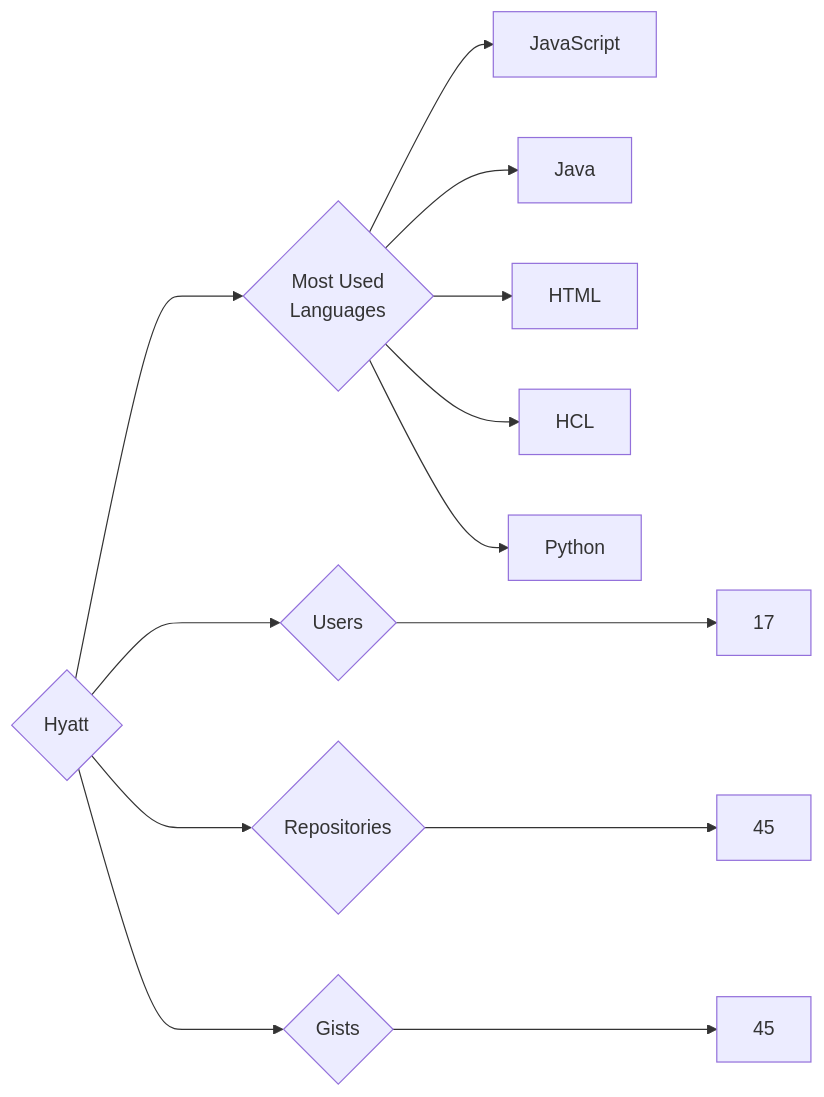
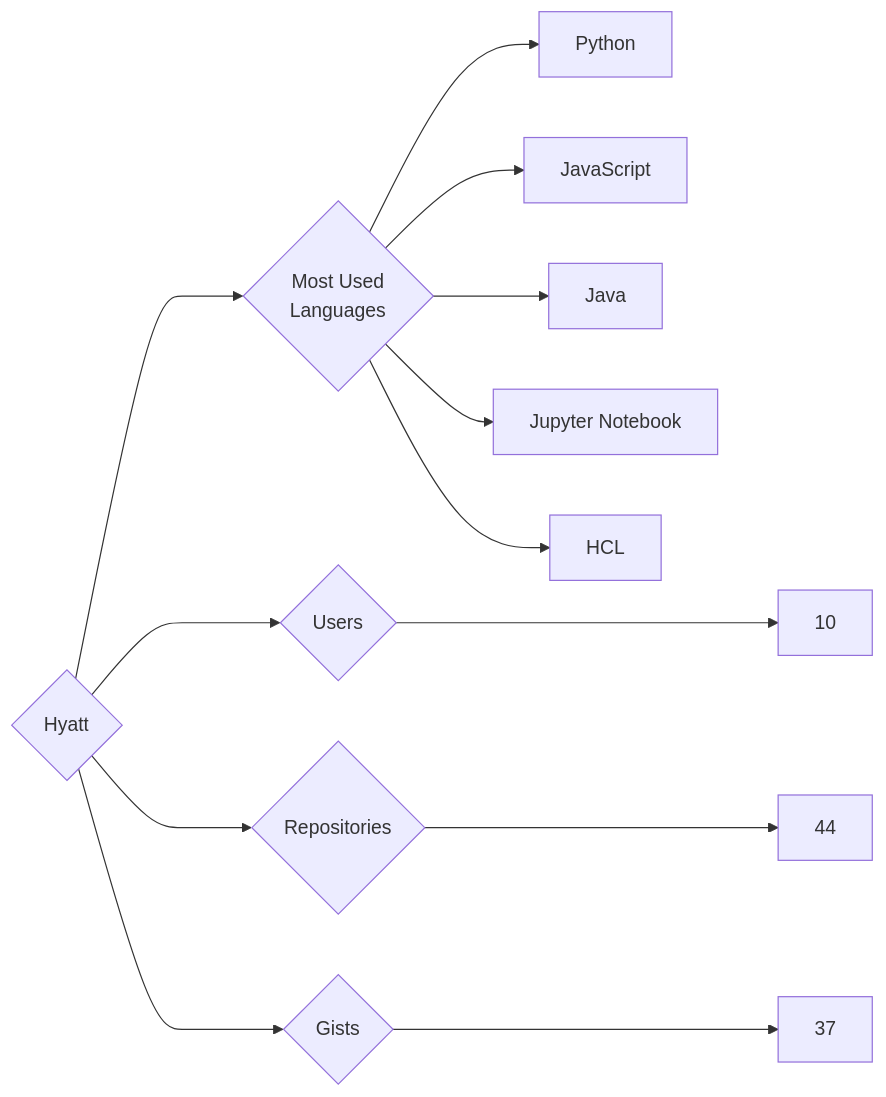
One commit to trickest/insiders changed the diagram in targets/Hyatt/README.md. Above: the diagram before and after it, drawn with Mermaid. The commit also changed 750 other files, not shown here.

````diff
--- a/targets/Hyatt/README.md
+++ b/targets/Hyatt/README.md
@@ -3,13 +3,13 @@
 ```mermaid
 graph LR
 COMPANY_NAME{Hyatt}
-COMPANY_NAME ---> U{Users} ---> UN[17]
-COMPANY_NAME ---> R{Repositories} ---> RN[45]
-COMPANY_NAME ---> G{Gists} ---> GN[45]
+COMPANY_NAME ---> U{Users} ---> UN[10]
+COMPANY_NAME ---> R{Repositories} ---> RN[44]
+COMPANY_NAME ---> G{Gists} ---> GN[37]
 COMPANY_NAME ---> ML{Most Used<br>Languages}
+ML --> Python[Python]
 ML --> JavaScript[JavaScript]
 ML --> Java[Java]
-ML --> HTML[HTML]
+ML --> Jupyter_Notebook[Jupyter Notebook]
 ML --> HCL[HCL]
-ML --> Python[Python]
 ```
````
